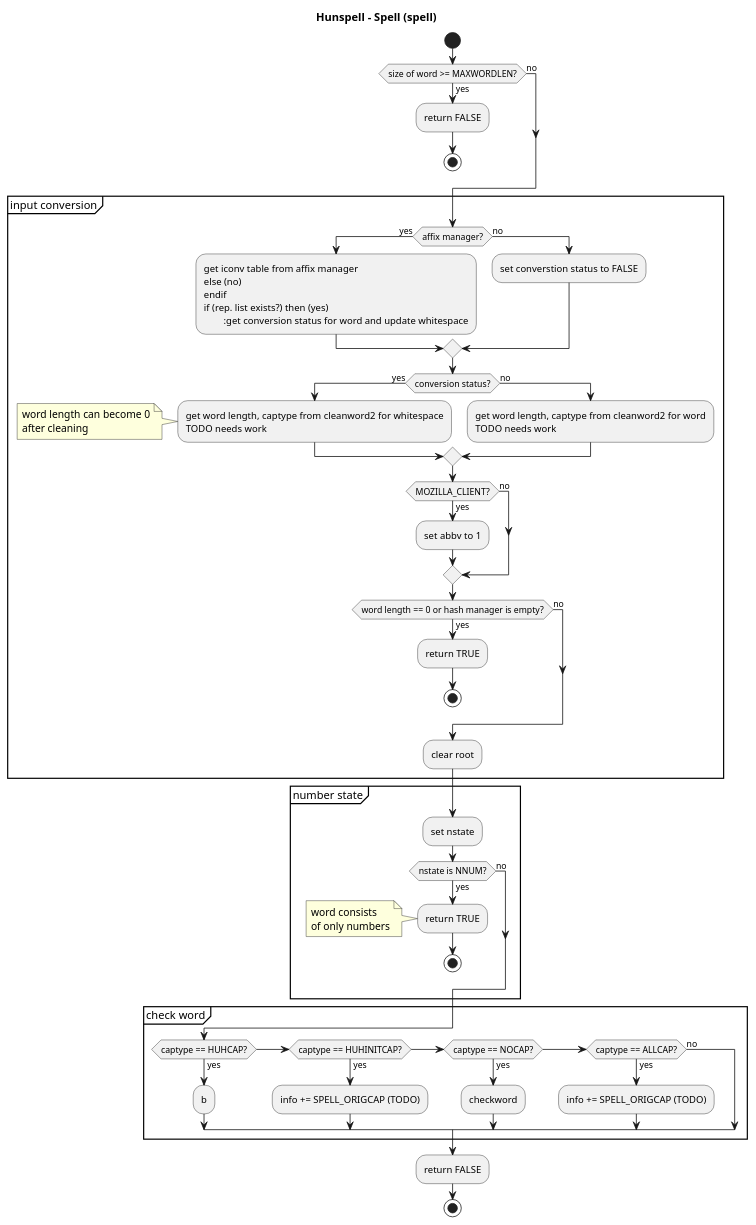
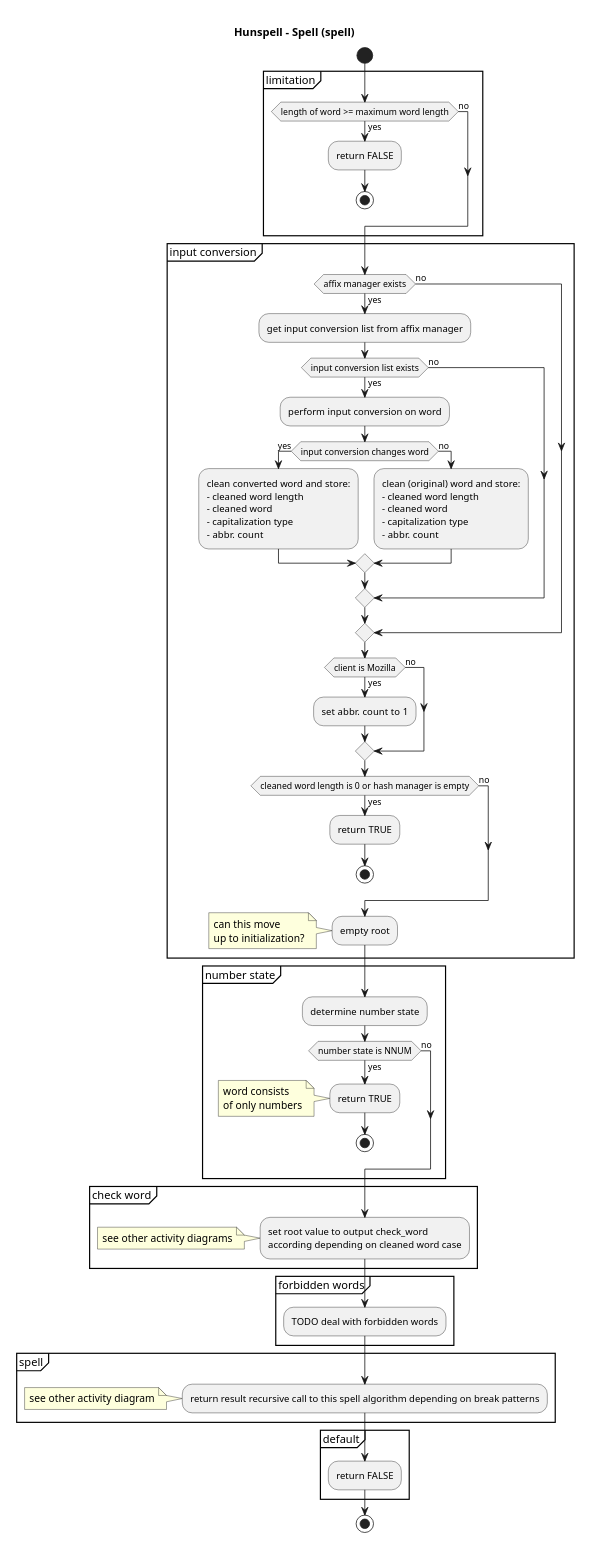
The diagram in uml/plantuml/spell-activity-diagram.pu (nuspell/misc-nuspell), drawn with PlantUML before and after one commit. The commit also changed 23 other files, not shown here.

Commit message:
started structuring notes into diagrams

```diff
--- a/uml/plantuml/spell-activity-diagram.pu
+++ b/uml/plantuml/spell-activity-diagram.pu
@@ -1,73 +1,75 @@
 @startuml
+skinparam backgroundcolor White|White
 
 title Hunspell - Spell (spell)
 
 start
 
-if (size of word >= MAXWORDLEN?) then (yes)
-	:return FALSE;
-	stop
-else (no)
-endif
+partition "limitation" {
+	if (length of word >= maximum word length) then (yes)
+		:return FALSE;
+		stop
+	else (no)
+	endif
+}
 
 partition "input conversion" {
-	if (affix manager?) then (yes)
-		:get iconv table from affix manager
-	else (no)
-	endif
-	if (rep. list exists?) then (yes)
-		:get conversion status for word and update whitespace;
-	else (no)
-		:set converstion status to FALSE;
-	endif
-	if (conversion status?) then (yes)
-		:get word length, captype from cleanword2 for whitespace\nTODO needs work;
-		note left: word length can become 0\nafter cleaning
-	else (no)
-		:get word length, captype from cleanword2 for word\nTODO needs work;
-	endif
-
-	if (MOZILLA_CLIENT?) then (yes)
-		:set abbv to 1;
+	if (affix manager exists) then (yes)
+		:get input conversion list from affix manager;
+		if (input conversion list exists) then (yes)
+			:perform input conversion on word;
+			if (input conversion changes word) then (yes)
+				:clean converted word and store:\n- cleaned word length\n- cleaned word\n- capitalization type\n- abbr. count;
+			else (no)
+				:clean (original) word and store:\n- cleaned word length\n- cleaned word\n- capitalization type\n- abbr. count;
+			endif
+		else (no)
+		endif
 	else (no)
 	endif
 
-	if (word length == 0 or hash manager is empty?) then (yes)
+	if (client is Mozilla) then (yes)
+		:set abbr. count to 1;
+	else (no)
+	endif
+
+	if (cleaned word length is 0 or hash manager is empty) then (yes)
 		:return TRUE;
 		stop
 	else (no)
 	endif
-	:clear root;
+	:empty root;
+	note left: can this move\nup to initialization?
 }
 
 partition "number state" {
-	:set nstate;
-	if (nstate is NNUM?) then (yes)
+	:determine number state;
+	if (number state is NNUM) then (yes)
 		:return TRUE;
 		note left: word consists\nof only numbers
 		stop
 	else (no)
 	endif
 }
 
 partition "check word" {
-	if (captype == HUHCAP?) then (yes)
-		:b;
-	elseif (captype == HUHINITCAP?) then (yes)
-		:info += SPELL_ORIGCAP (TODO);
-	elseif (captype == NOCAP?) then (yes)
-		:checkword;
-	elseif (captype == ALLCAP?) then (yes)
-		:info += SPELL_ORIGCAP (TODO);
-	else (no)
-	endif
+	:set root value to output check_word\naccording depending on cleaned word case;
+	note left: see other activity diagrams
 }
 
+partition "forbidden words" {
+	:TODO deal with forbidden words;
+}
 
+partition "spell" {
+	:return result recursive call to this spell algorithm depending on break patterns;
+	note left: see other activity diagram
+}
 
+partition "default" {
+	:return FALSE;
+}
 
-
-:return FALSE;
 stop
 
 @enduml
```
